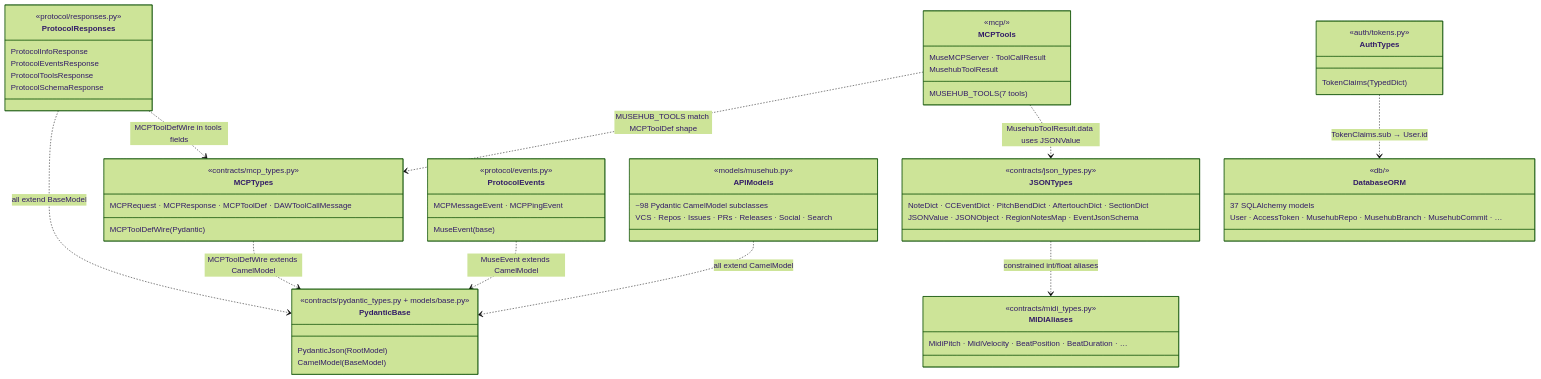
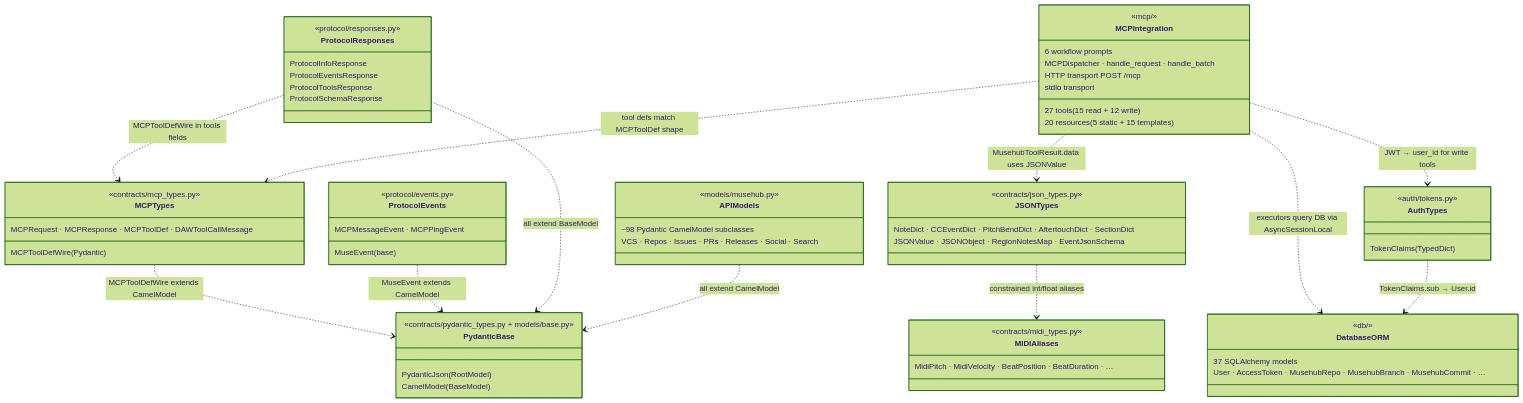
The ninth of 10 diagrams in docs/reference/type-contracts.md (cgcardona/musehub), drawn with Mermaid (forest theme) before and after one commit. The commit also changed other lines of this file and 17 other files, not shown here.

First line of the commit message:
feat(mcp): best-in-class MCP 2025-03-26 integration — 27 tools, 20 resources, 6 prompts

````diff
--- a/docs/reference/type-contracts.md
+++ b/docs/reference/type-contracts.md
@@ -1156,64 +1321,69 @@
 ```mermaid
 classDiagram
     class MIDIAliases {
         <<contracts/midi_types.py>>
         MidiPitch · MidiVelocity · BeatPosition · BeatDuration · …
     }
     class JSONTypes {
         <<contracts/json_types.py>>
         NoteDict · CCEventDict · PitchBendDict · AftertouchDict · SectionDict
         JSONValue · JSONObject · RegionNotesMap · EventJsonSchema
     }
     class MCPTypes {
         <<contracts/mcp_types.py>>
         MCPRequest · MCPResponse · MCPToolDef · DAWToolCallMessage
         MCPToolDefWire (Pydantic)
     }
     class PydanticBase {
         <<contracts/pydantic_types.py + models/base.py>>
         PydanticJson (RootModel)
         CamelModel (BaseModel)
     }
     class AuthTypes {
         <<auth/tokens.py>>
         TokenClaims (TypedDict)
     }
     class ProtocolEvents {
         <<protocol/events.py>>
         MuseEvent (base)
         MCPMessageEvent · MCPPingEvent
     }
     class ProtocolResponses {
         <<protocol/responses.py>>
         ProtocolInfoResponse
         ProtocolEventsResponse
         ProtocolToolsResponse
         ProtocolSchemaResponse
     }
-    class MCPTools {
+    class MCPIntegration {
         <<mcp/>>
-        MUSEHUB_TOOLS (7 tools)
-        MuseMCPServer · ToolCallResult
-        MusehubToolResult
+        27 tools (15 read + 12 write)
+        20 resources (5 static + 15 templates)
+        6 workflow prompts
+        MCPDispatcher · handle_request · handle_batch
+        HTTP transport POST /mcp
+        stdio transport
     }
     class APIModels {
         <<models/musehub.py>>
         ~98 Pydantic CamelModel subclasses
         VCS · Repos · Issues · PRs · Releases · Social · Search
     }
     class DatabaseORM {
         <<db/>>
         37 SQLAlchemy models
         User · AccessToken · MusehubRepo · MusehubBranch · MusehubCommit · …
     }
 
     JSONTypes ..> MIDIAliases : constrained int/float aliases
     MCPTypes ..> PydanticBase : MCPToolDefWire extends CamelModel
     ProtocolEvents ..> PydanticBase : MuseEvent extends CamelModel
     ProtocolResponses ..> PydanticBase : all extend BaseModel
     ProtocolResponses ..> MCPTypes : MCPToolDefWire in tools fields
-    MCPTools ..> MCPTypes : MUSEHUB_TOOLS match MCPToolDef shape
-    MCPTools ..> JSONTypes : MusehubToolResult.data uses JSONValue
+    MCPIntegration ..> MCPTypes : tool defs match MCPToolDef shape
+    MCPIntegration ..> JSONTypes : MusehubToolResult.data uses JSONValue
+    MCPIntegration ..> AuthTypes : JWT → user_id for write tools
+    MCPIntegration ..> DatabaseORM : executors query DB via AsyncSessionLocal
     APIModels ..> PydanticBase : all extend CamelModel
     AuthTypes ..> DatabaseORM : TokenClaims.sub → User.id
 ```
````
